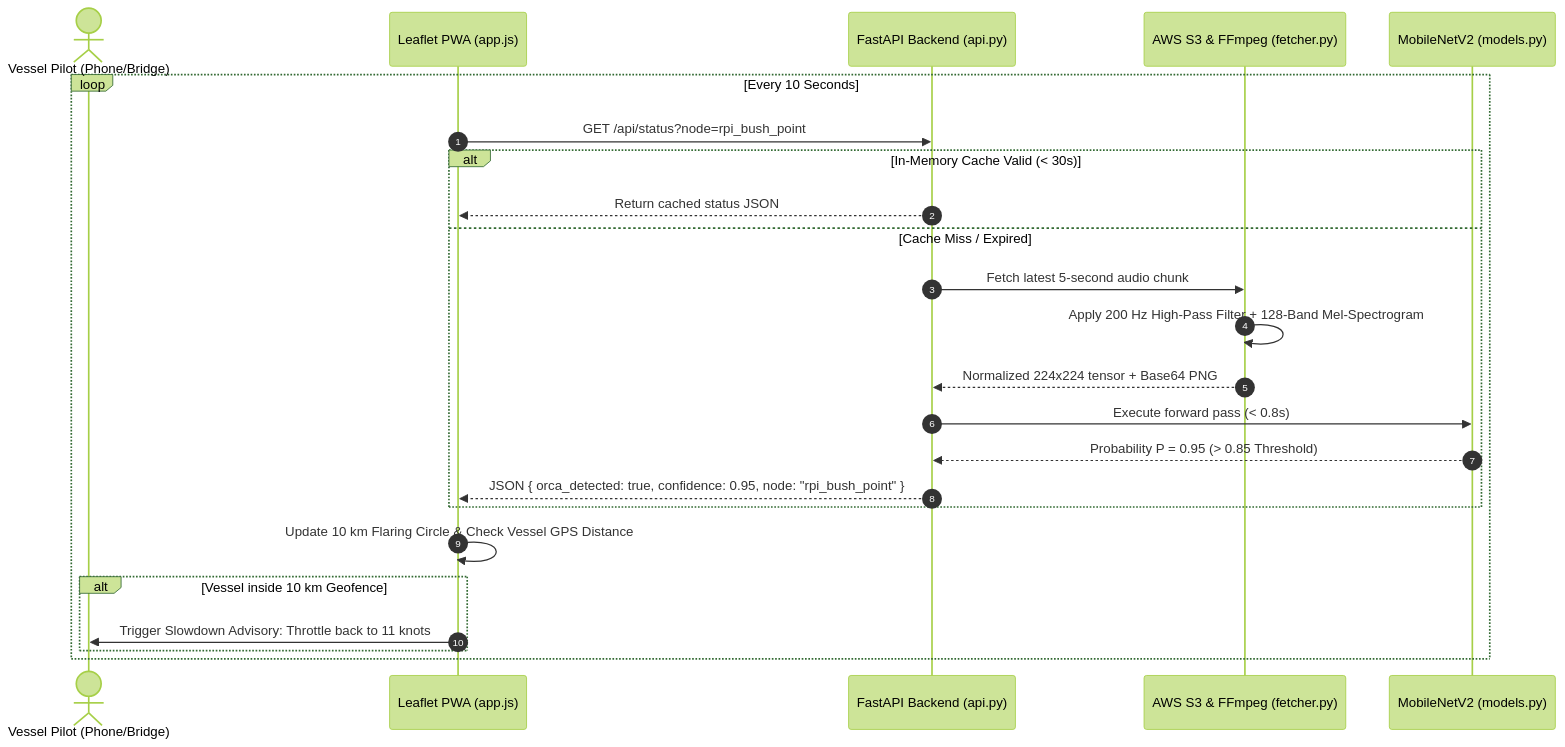
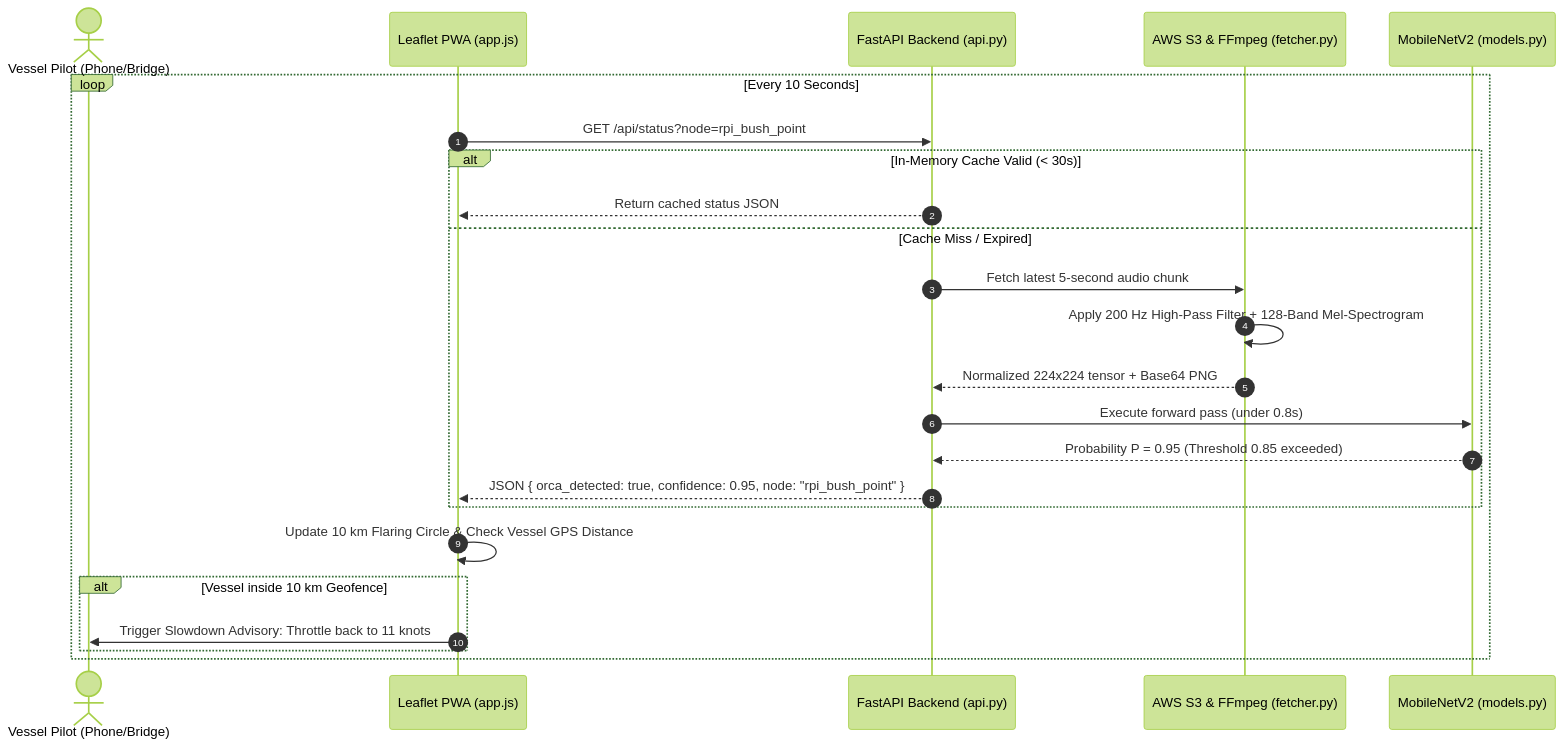
One commit to ShreyomP/SilenceOfSound changed the second of 2 diagrams in ARCHITECTURE.md. Above: the diagram before and after it, drawn with Mermaid (forest theme). The commit also changed other lines of this file and 1 other file, not shown here.

Commit message:
Fix Mermaid diagram syntax for GitHub rendering

````diff
--- a/ARCHITECTURE.md
+++ b/ARCHITECTURE.md
@@ -176,27 +176,27 @@
 ```mermaid
 sequenceDiagram
     autonumber
     actor Pilot as Vessel Pilot (Phone/Bridge)
     participant Web as Leaflet PWA (app.js)
     participant API as FastAPI Backend (api.py)
     participant S3 as AWS S3 & FFmpeg (fetcher.py)
     participant Model as MobileNetV2 (models.py)
 
     loop Every 10 Seconds
         Web->>API: GET /api/status?node=rpi_bush_point
         alt In-Memory Cache Valid (< 30s)
             API-->>Web: Return cached status JSON
         else Cache Miss / Expired
             API->>S3: Fetch latest 5-second audio chunk
             S3->>S3: Apply 200 Hz High-Pass Filter + 128-Band Mel-Spectrogram
             S3-->>API: Normalized 224x224 tensor + Base64 PNG
-            API->>Model: Execute forward pass (< 0.8s)
-            Model-->>API: Probability P = 0.95 (> 0.85 Threshold)
+            API->>Model: Execute forward pass (under 0.8s)
+            Model-->>API: Probability P = 0.95 (Threshold 0.85 exceeded)
             API-->>Web: JSON { orca_detected: true, confidence: 0.95, node: "rpi_bush_point" }
         end
         Web->>Web: Update 10 km Flaring Circle & Check Vessel GPS Distance
         alt Vessel inside 10 km Geofence
             Web->>Pilot: Trigger Slowdown Advisory: Throttle back to 11 knots
         end
     end
 ```
````
